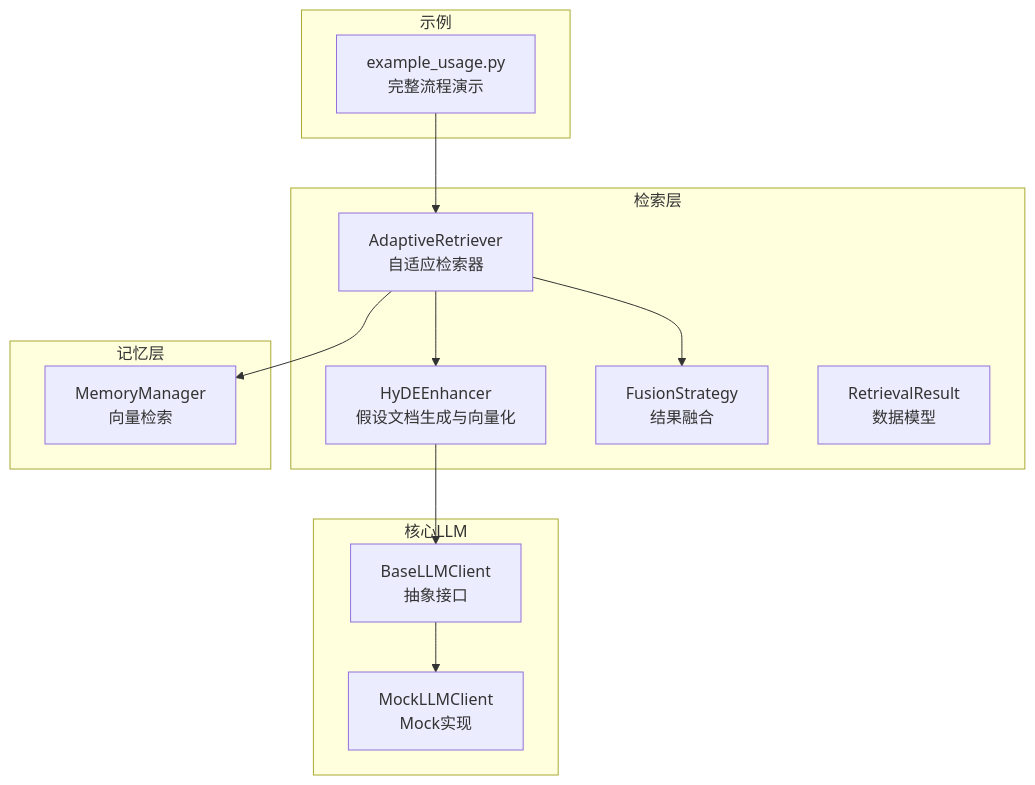
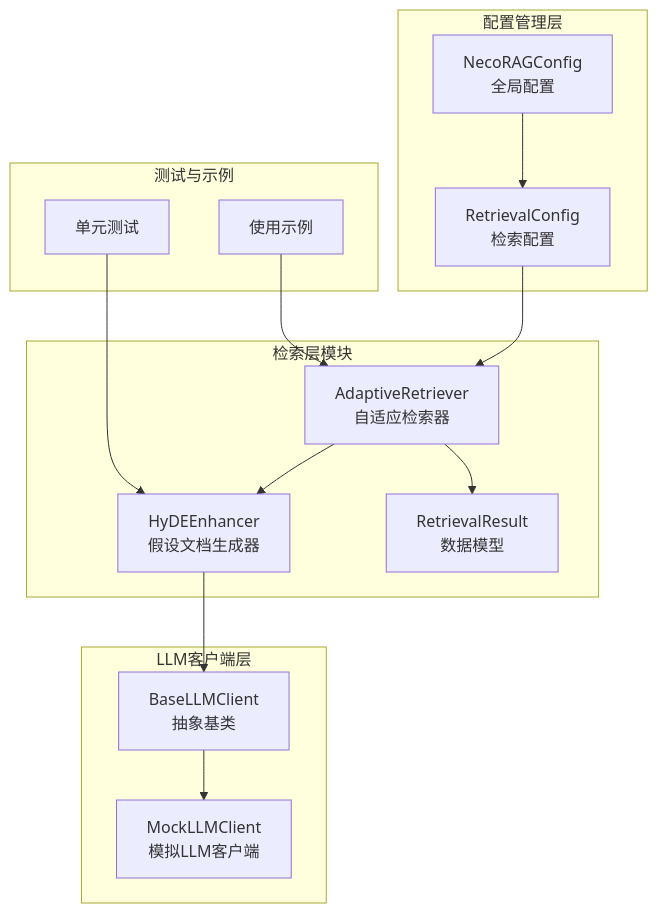
The first of 7 diagrams in .qoder/repowiki/zh/content/检索引擎模块/HyDE增强技术.md (JieGaoPrinceton/NecoRAG), drawn with Mermaid before and after one commit. The commit also changed other lines of this file and 181 other files, not shown here.

````diff
--- a/.qoder/repowiki/zh/content/检索引擎模块/HyDE增强技术.md
+++ b/.qoder/repowiki/zh/content/检索引擎模块/HyDE增强技术.md
@@ -43,25 +42,28 @@
 ```mermaid
 graph TB
-subgraph "检索层"
-HYDE["HyDEEnhancer<br/>假设文档生成与向量化"]
-RETRIEVER["AdaptiveRetriever<br/>自适应检索器"]
-FUSION["FusionStrategy<br/>结果融合"]
-MODELS["RetrievalResult<br/>数据模型"]
+subgraph "检索层模块"
+HYDE[HyDEEnhancer<br/>假设文档生成器]
+RETRIEVER[AdaptiveRetriever<br/>自适应检索器]
+MODELS[RetrievalResult<br/>数据模型]
 end
-subgraph "核心LLM"
-BASE["BaseLLMClient<br/>抽象接口"]
-MOCK["MockLLMClient<br/>Mock实现"]
+subgraph "LLM客户端层"
+BASELLM[BaseLLMClient<br/>抽象基类]
+MOCKLLM[MockLLMClient<br/>模拟LLM客户端]
 end
-subgraph "记忆层"
-MEM["MemoryManager<br/>向量检索"]
+subgraph "配置管理层"
+CONFIG[RetrievalConfig<br/>检索配置]
+GLOBALCFG[NecoRAGConfig<br/>全局配置]
 end
-subgraph "示例"
-EX["example_usage.py<br/>完整流程演示"]
+subgraph "测试与示例"
+TESTS[单元测试]
+EXAMPLE[使用示例]
 end
-HYDE --> BASE
-BASE --> MOCK
+HYDE --> BASELLM
+BASELLM --> MOCKLLM
 RETRIEVER --> HYDE
-RETRIEVER --> FUSION
-RETRIEVER --> MEM
-EX --> RETRIEVER
+RETRIEVER --> MODELS
+CONFIG --> RETRIEVER
+GLOBALCFG --> CONFIG
+TESTS --> HYDE
+EXAMPLE --> RETRIEVER
 ```
````
